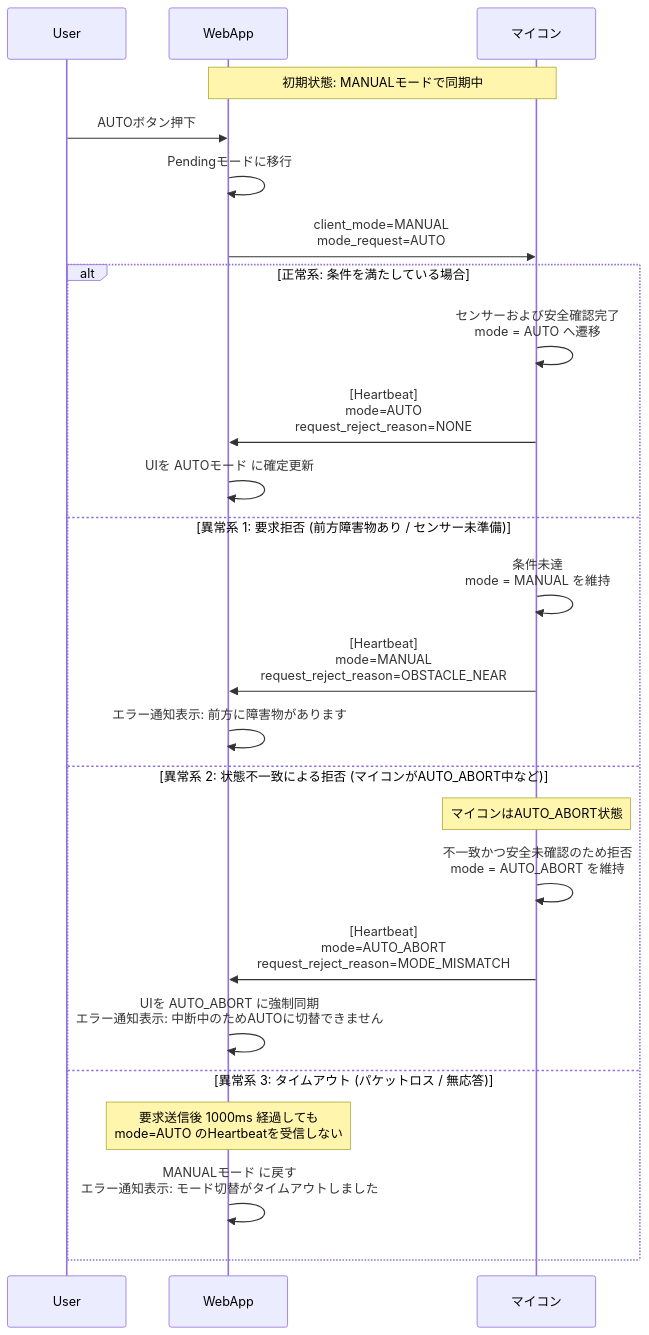
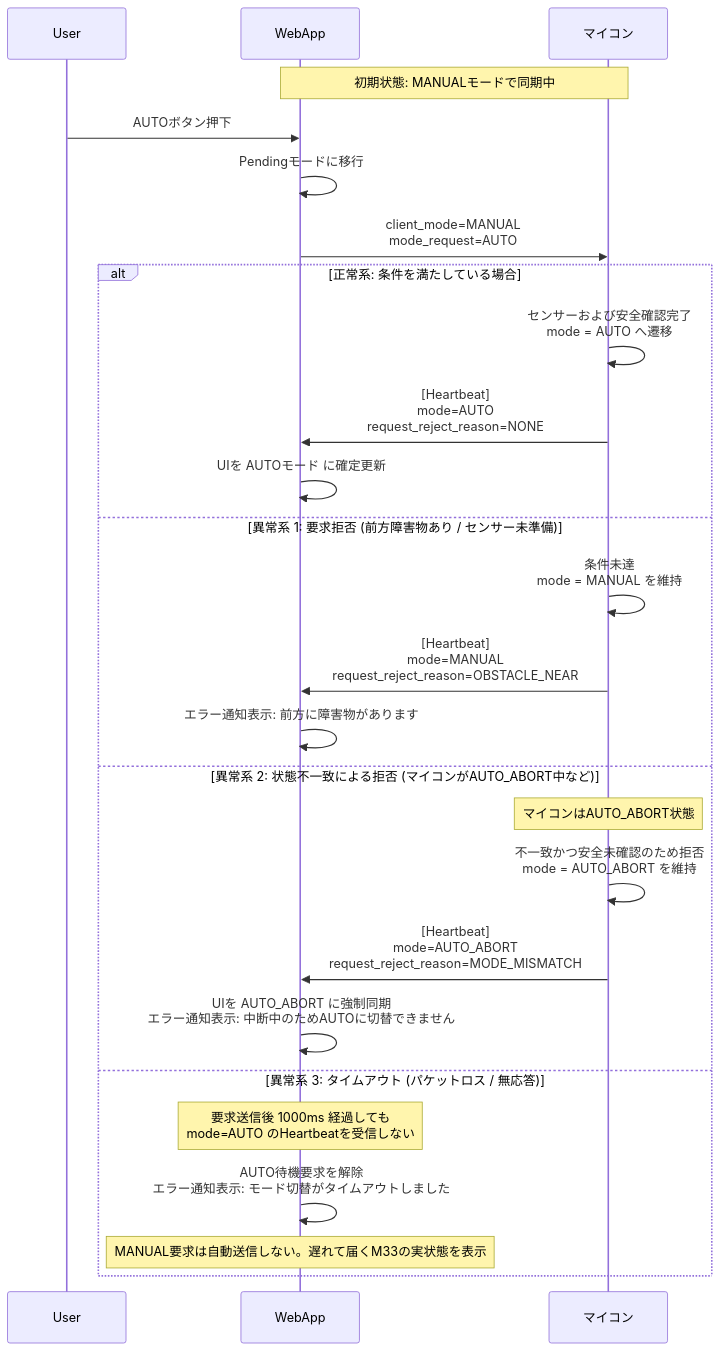
The first of 7 diagrams in M85Web/Application/mini-4wd-webapp/docs/sequences.md (tut-cc/tron-2026-autonomous-driving), drawn with Mermaid before and after one commit. The commit also changed 23 other files, not shown here.

````diff
--- a/M85Web/Application/mini-4wd-webapp/docs/sequences.md
+++ b/M85Web/Application/mini-4wd-webapp/docs/sequences.md
@@ -14,33 +14,34 @@
 ```mermaid
 sequenceDiagram
     participant U as User
     participant W as WebApp
     participant M as マイコン
 
     Note over W, M: 初期状態: MANUALモードで同期中
 
     U->>W: AUTOボタン押下
     W->>W: Pendingモードに移行
     W->>M: client_mode=MANUAL <br> mode_request=AUTO
 
     alt 正常系: 条件を満たしている場合
         M->>M: センサーおよび安全確認完了<br/>mode = AUTO へ遷移
         M->>W: [Heartbeat] <br> mode=AUTO <br> request_reject_reason=NONE
         W->>W: UIを AUTOモード に確定更新
 
     else 異常系 1: 要求拒否 (前方障害物あり / センサー未準備)
         M->>M: 条件未達<br/>mode = MANUAL を維持
         M->>W: [Heartbeat] <br> mode=MANUAL <br> request_reject_reason=OBSTACLE_NEAR
         W->>W: エラー通知表示: 前方に障害物があります
 
     else 異常系 2: 状態不一致による拒否 (マイコンがAUTO_ABORT中など)
         Note over M: マイコンはAUTO_ABORT状態
         M->>M: 不一致かつ安全未確認のため拒否<br/>mode = AUTO_ABORT を維持
         M->>W: [Heartbeat] <br> mode=AUTO_ABORT <br> request_reject_reason=MODE_MISMATCH
         W->>W: UIを AUTO_ABORT に強制同期<br/>エラー通知表示: 中断中のためAUTOに切替できません
 
     else 異常系 3: タイムアウト (パケットロス / 無応答)
         Note over W: 要求送信後 1000ms 経過しても<br/>mode=AUTO のHeartbeatを受信しない
-        W->>W: MANUALモード に戻す<br/>エラー通知表示: モード切替がタイムアウトしました
+        W->>W: AUTO待機要求を解除<br/>エラー通知表示: モード切替がタイムアウトしました
+        Note over W: MANUAL要求は自動送信しない。遅れて届くM33の実状態を表示
     end
 ```
````
